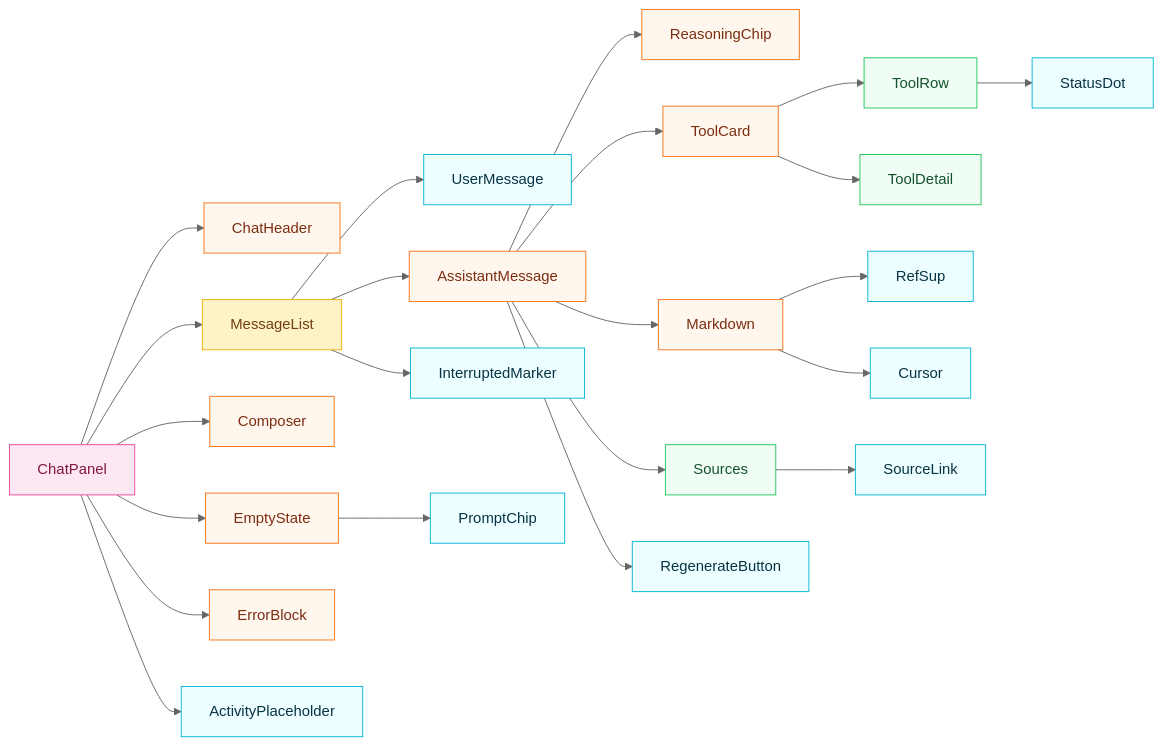
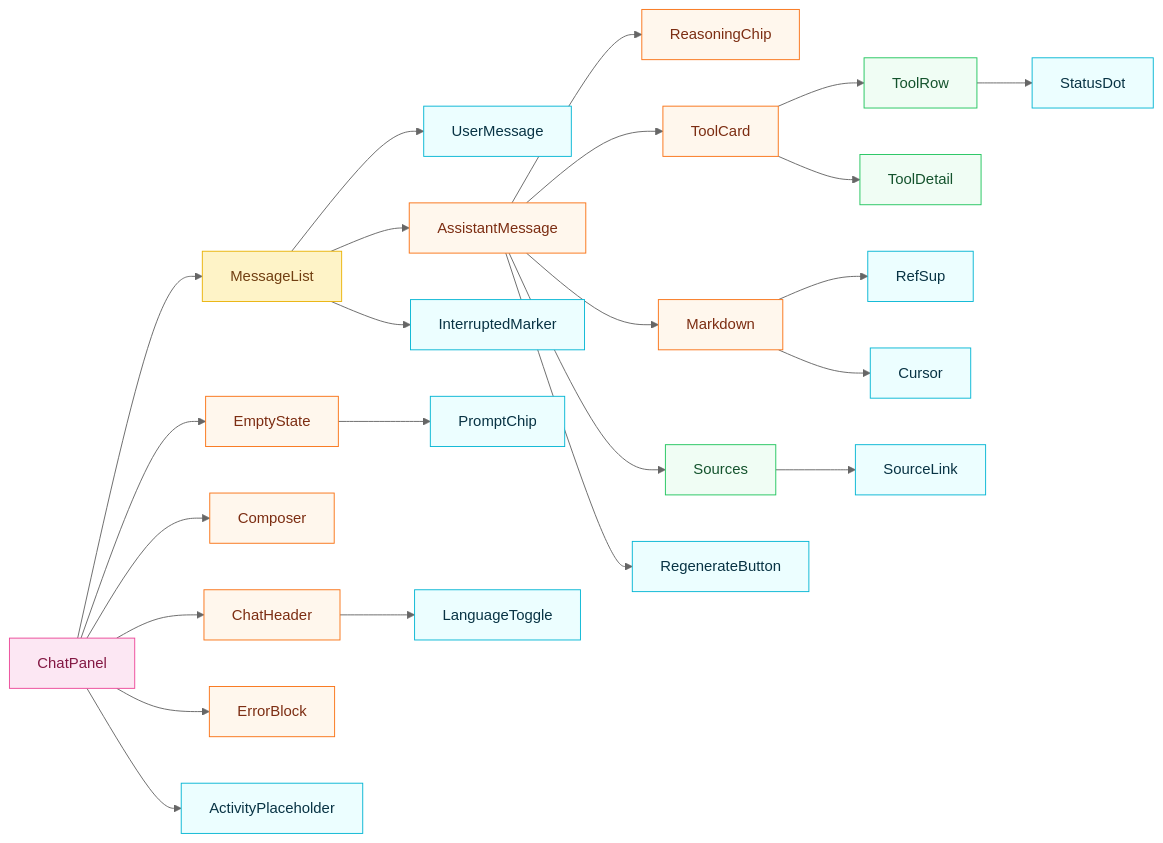
Before and after one commit to wei-yiting/fin-lab-x: the second of 4 diagrams in docs/frontend_chat_architecture.md, drawn with Mermaid (neutral theme). The commit also changed other lines of this file and 32 other files, not shown here.

First line of the commit message:
feat(frontend): UI language toggle — English (default) ↔ Traditional Chinese (#87)

````diff
--- a/docs/frontend_chat_architecture.md
+++ b/docs/frontend_chat_architecture.md
@@ -96,42 +97,43 @@
 ```mermaid
 flowchart LR
     ChatPanel --> ChatHeader
     ChatPanel --> MessageList
     ChatPanel --> Composer
     ChatPanel --> EmptyState
     ChatPanel --> ErrorBlock
     ChatPanel --> ActivityPlaceholder
 
     MessageList --> UserMessage
     MessageList --> AssistantMessage
     MessageList --> InterruptedMarker
 
     AssistantMessage --> ReasoningChip
     AssistantMessage --> ToolCard
     AssistantMessage --> Markdown
     AssistantMessage --> Sources
     AssistantMessage --> RegenerateButton
 
     ToolCard --> ToolRow
     ToolCard --> ToolDetail
     ToolRow --> StatusDot
 
     Markdown --> RefSup
     Markdown --> Cursor
 
     Sources --> SourceLink
 
     EmptyState --> PromptChip
+    ChatHeader --> LanguageToggle
 
     classDef atomCls fill:#ecfeff,stroke:#06b6d4,color:#083344
     classDef moleculeCls fill:#f0fdf4,stroke:#22c55e,color:#14532d
     classDef organismCls fill:#fff7ed,stroke:#f97316,color:#7c2d12
     classDef templateCls fill:#fef3c7,stroke:#eab308,color:#713f12
     classDef pageCls fill:#fce7f3,stroke:#ec4899,color:#831843
 
-    class StatusDot,RefSup,Cursor,ActivityPlaceholder,PromptChip,RegenerateButton,InterruptedMarker,SourceLink,UserMessage atomCls
+    class StatusDot,RefSup,Cursor,ActivityPlaceholder,PromptChip,LanguageToggle,RegenerateButton,InterruptedMarker,SourceLink,UserMessage atomCls
     class ToolRow,ToolDetail,Sources moleculeCls
     class ReasoningChip,ChatHeader,AssistantMessage,ToolCard,Markdown,ErrorBlock,Composer,EmptyState organismCls
     class MessageList templateCls
     class ChatPanel pageCls
 ```
````
